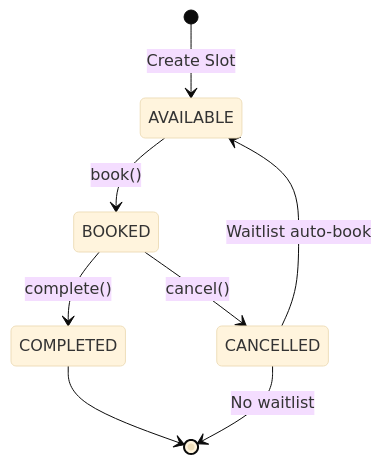
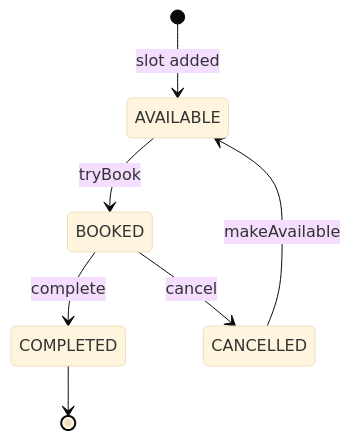
One commit to SoupikChowdhury/cpp-lld changed the second of 2 diagrams in lld/doctors_appointment/README.md. Above: the diagram before and after it, drawn with Mermaid (base theme). The commit also changed other lines of this file and 10 other files, not shown here.

````diff
--- a/lld/doctors_appointment/README.md
+++ b/lld/doctors_appointment/README.md
@@ -207,10 +151,9 @@
 ```mermaid
 stateDiagram-v2
-    [*] --> AVAILABLE : Create Slot
-    AVAILABLE --> BOOKED : book()
-    BOOKED --> COMPLETED : complete()
-    BOOKED --> CANCELLED : cancel()
-    CANCELLED --> AVAILABLE : Waitlist auto-book
-    CANCELLED --> [*] : No waitlist
+    [*] --> AVAILABLE : slot added
+    AVAILABLE --> BOOKED : tryBook
+    BOOKED --> COMPLETED : complete
+    BOOKED --> CANCELLED : cancel
+    CANCELLED --> AVAILABLE : makeAvailable
     COMPLETED --> [*]
 ```
````
